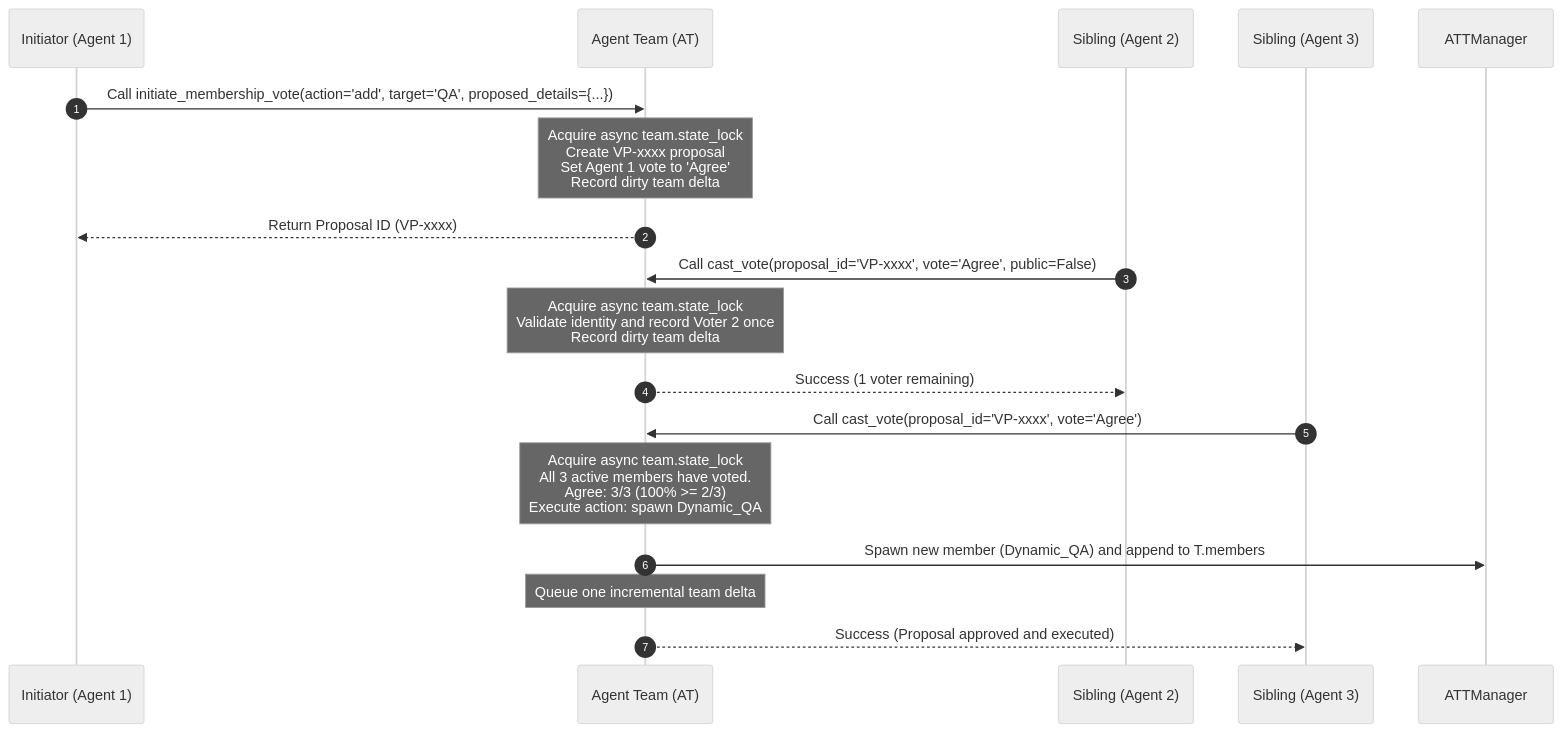
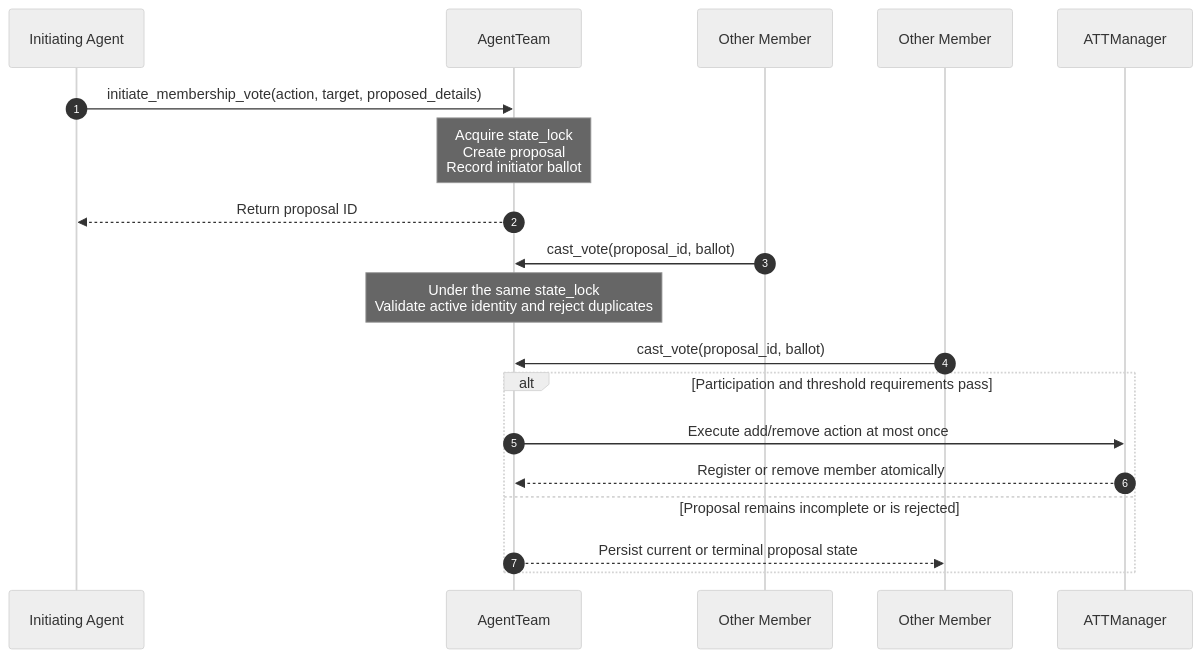
One commit to AI-Team-Team/AI-Team-Team changed the fifth of 6 diagrams in docs/flowcharts/Lineage_Tree_Mutations.md. Above: the diagram before and after it, drawn with Mermaid (neutral theme). The commit also changed other lines of this file and 32 other files, not shown here.

````diff
--- a/docs/flowcharts/Lineage_Tree_Mutations.md
+++ b/docs/flowcharts/Lineage_Tree_Mutations.md
@@ -139,23 +128,22 @@
 ```mermaid
 sequenceDiagram
     autonumber
-    participant A1 as Initiator (Agent 1)
-    participant T as Agent Team (AT)
-    participant A2 as Sibling (Agent 2)
-    participant A3 as Sibling (Agent 3)
+    participant A1 as Initiating Agent
+    participant T as AgentTeam
+    participant A2 as Other Member
+    participant A3 as Other Member
     participant Manager as ATTManager
 
-    A1->>T: Call initiate_membership_vote(action='add', target='QA', proposed_details={...})
-    Note over T: Acquire async team.state_lock<br/>Create VP-xxxx proposal<br/>Set Agent 1 vote to 'Agree'<br/>Record dirty team delta
-    T-->>A1: Return Proposal ID (VP-xxxx)
-
-    A2->>T: Call cast_vote(proposal_id='VP-xxxx', vote='Agree', public=False)
-    Note over T: Acquire async team.state_lock<br/>Validate identity and record Voter 2 once<br/>Record dirty team delta
-    T-->>A2: Success (1 voter remaining)
-
-    A3->>T: Call cast_vote(proposal_id='VP-xxxx', vote='Agree')
-    Note over T: Acquire async team.state_lock<br/>All 3 active members have voted.<br/>Agree: 3/3 (100% >= 2/3)<br/>Execute action: spawn Dynamic_QA
-    T->>Manager: Spawn new member (Dynamic_QA) and append to T.members
-    Note over T: Queue one incremental team delta
-    T-->>A3: Success (Proposal approved and executed)
+    A1->>T: initiate_membership_vote(action, target, proposed_details)
+    Note over T: Acquire state_lock<br/>Create proposal<br/>Record initiator ballot
+    T-->>A1: Return proposal ID
+    A2->>T: cast_vote(proposal_id, ballot)
+    Note over T: Under the same state_lock<br/>Validate active identity and reject duplicates
+    A3->>T: cast_vote(proposal_id, ballot)
+    alt Participation and threshold requirements pass
+        T->>Manager: Execute add/remove action at most once
+        Manager-->>T: Register or remove member atomically
+    else Proposal remains incomplete or is rejected
+        T-->>A3: Persist current or terminal proposal state
+    end
 ```
````
